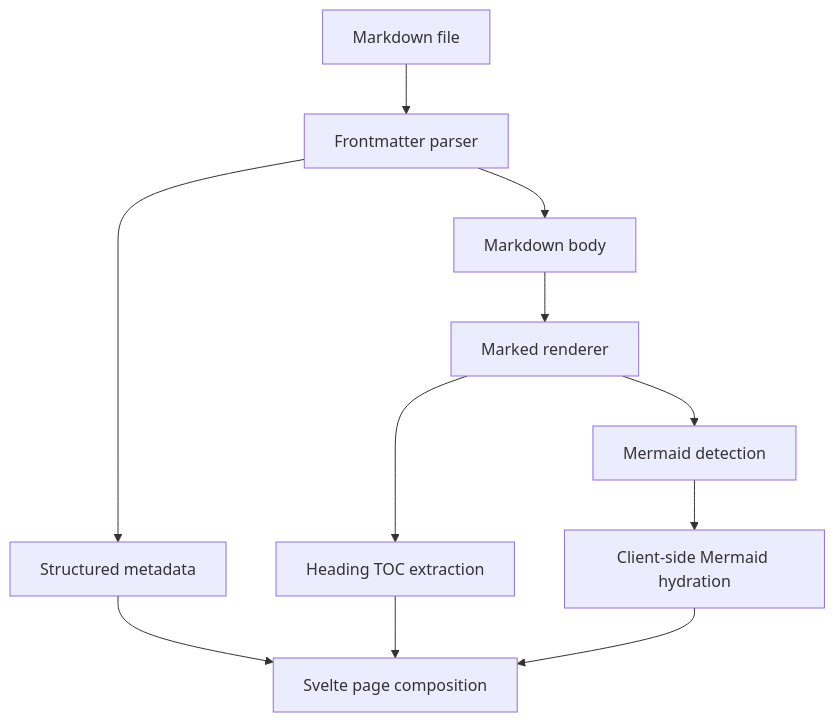
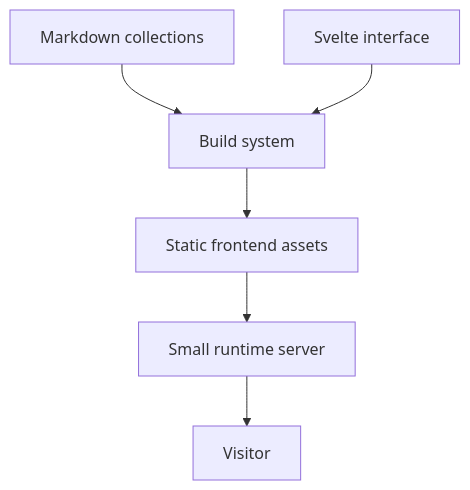
Before and after one commit to farismnrr/portofolio: the third of 3 diagrams in frontend/content/projects/portfolio-website.md, drawn with Mermaid. The commit also changed other lines of this file and 6 other files, not shown here.

````diff
--- a/frontend/content/projects/portfolio-website.md
+++ b/frontend/content/projects/portfolio-website.md
@@ -63,13 +81,8 @@
 ```mermaid
 flowchart TD
-    F[Markdown file] --> P[Frontmatter parser]
-    P --> M[Structured metadata]
-    P --> B[Markdown body]
-    B --> R[Marked renderer]
-    R --> T[Heading TOC extraction]
-    R --> D[Mermaid detection]
-    D --> H[Client-side Mermaid hydration]
-    M --> U[Svelte page composition]
-    T --> U
-    H --> U
+    M[Markdown collections] --> B[Build system]
+    U[Svelte interface] --> B
+    B --> S[Static frontend assets]
+    S --> R[Small runtime server]
+    R --> V[Visitor]
 ```
````
